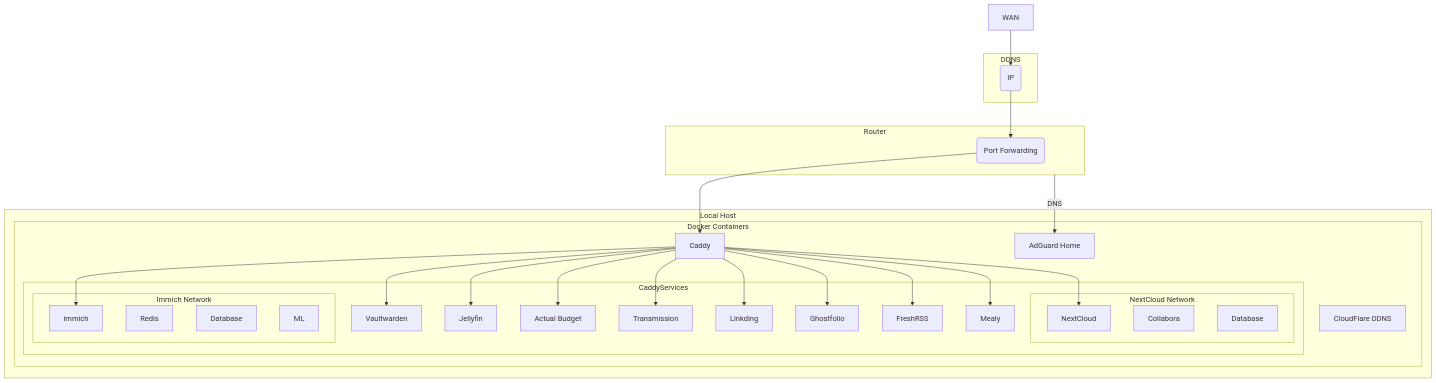
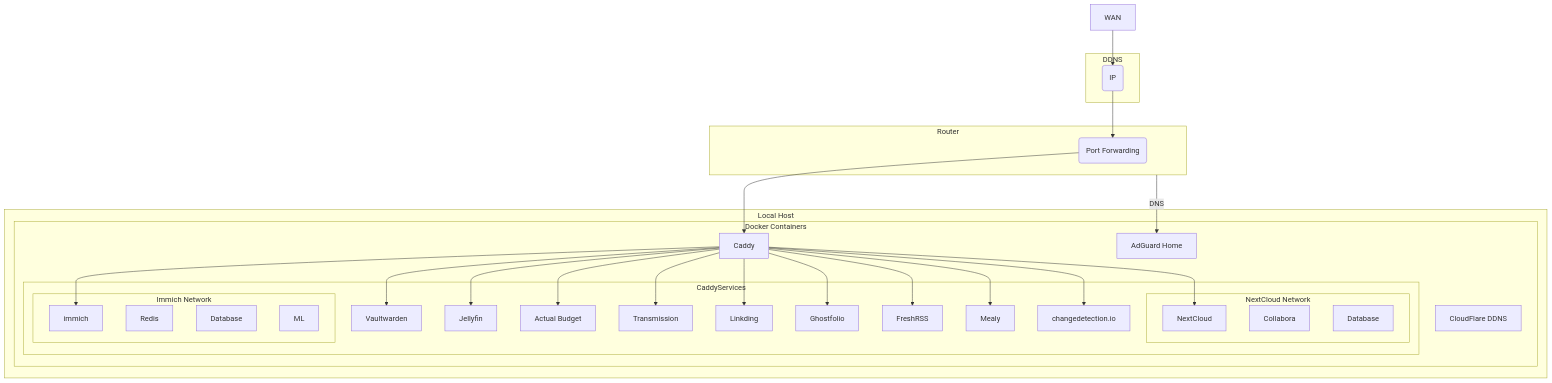
The diagram in README.md (p-gentili/selfhosted-docker), drawn with Mermaid before and after one commit. The commit also changed 8 other files, not shown here.

````diff
--- a/README.md
+++ b/README.md
@@ -1,53 +1,55 @@
 ```mermaid
 graph TD
   subgraph DDNS
     ddns(IP)
   end
   subgraph Router
     portForwarding(Port Forwarding)
   end
 
   subgraph Local Host
     subgraph Docker Containers
       caddy[Caddy]
       adguard-home[AdGuard Home]
       cloudflare-ddns[CloudFlare DDNS]
       subgraph CaddyServices
         vaultwarden[Vaultwarden]
         jellyfin[Jellyfin]
         actual[Actual Budget]
         transmission[Transmission]
         linkding[Linkding]
         ghostfolio[Ghostfolio]
         freshrss[FreshRSS]
         mealy[Mealy]
+        changedetection[changedetection.io]
         subgraph NextCloud Network
             nextcloud[NextCloud]
             nextcloud-code[Collabora]
             nextcloud-db[Database]
         end
         subgraph Immich Network
             immich[immich]
             immich-redis[Redis]
             immich-db[Database]
             immich-ml[ML]
         end
       end
     end
   end
 
   WAN --> ddns
   ddns --> portForwarding
   portForwarding --> caddy
   Router --DNS--> adguard-home
   caddy --> vaultwarden
   caddy --> jellyfin
   caddy --> nextcloud
   caddy --> actual
   caddy --> immich
   caddy --> transmission
   caddy --> linkding
   caddy --> ghostfolio
   caddy --> freshrss
   caddy --> mealy
+  caddy --> changedetection
 ```
````
